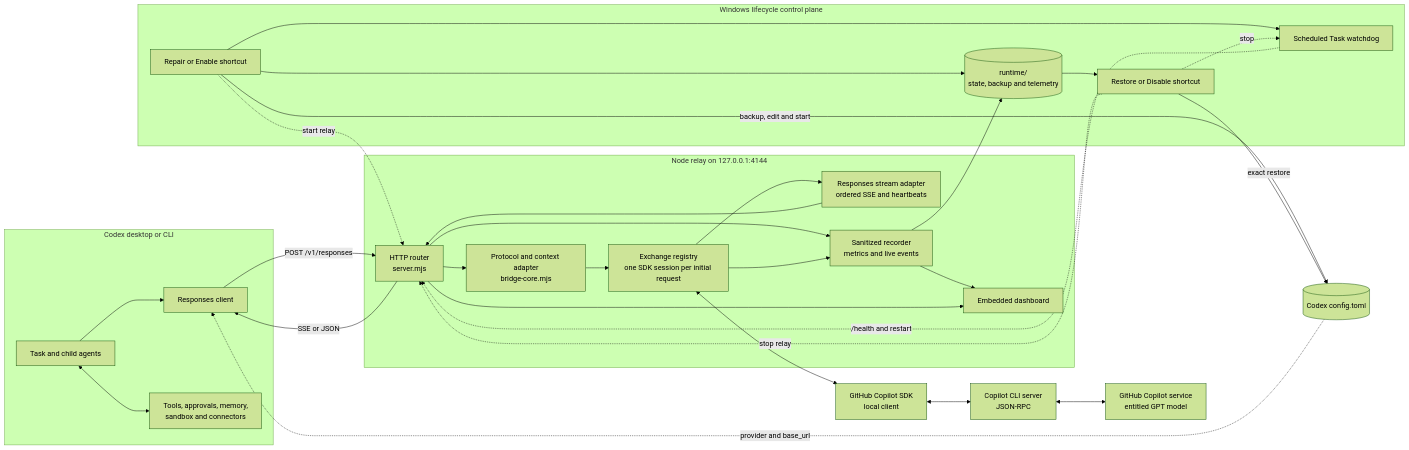
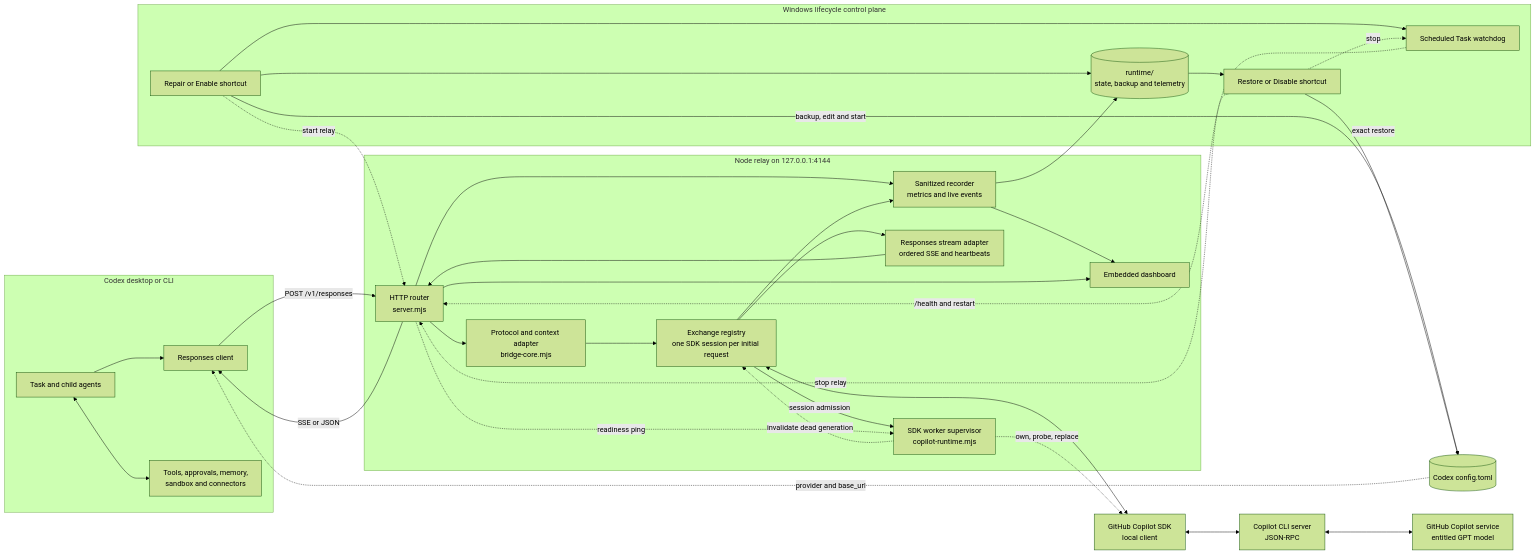
The first of 2 diagrams in README.md (madhavsomani/codex-copilot-relay), drawn with Mermaid (forest theme) before and after one commit. The commit also changed other lines of this file and 13 other files, not shown here.

````diff
--- a/README.md
+++ b/README.md
@@ -99,57 +99,62 @@
 ```mermaid
 flowchart LR
   subgraph Codex["Codex desktop or CLI"]
     Task["Task and child agents"]
     Client["Responses client"]
     Tools["Tools, approvals, memory,<br/>sandbox and connectors"]
     Task --> Client
     Task <--> Tools
   end
 
   Config[("Codex config.toml")]
   Config -. "provider and base_url" .-> Client
 
   subgraph Relay["Node relay on 127.0.0.1:4144"]
     HTTP["HTTP router<br/>server.mjs"]
     Core["Protocol and context adapter<br/>bridge-core.mjs"]
     Exchange["Exchange registry<br/>one SDK session per initial request"]
+    Supervisor["SDK worker supervisor<br/>copilot-runtime.mjs"]
     Stream["Responses stream adapter<br/>ordered SSE and heartbeats"]
     Recorder["Sanitized recorder<br/>metrics and live events"]
     Dashboard["Embedded dashboard"]
 
     HTTP --> Core --> Exchange
+    Exchange -- "session admission" --> Supervisor
+    HTTP -. "readiness ping" .-> Supervisor
+    Supervisor -. "invalidate dead generation" .-> Exchange
     Exchange --> Stream --> HTTP
     HTTP --> Recorder
     Exchange --> Recorder
     Recorder --> Dashboard
     HTTP --> Dashboard
   end
 
   Client -- "POST /v1/responses" --> HTTP
   HTTP -- "SSE or JSON" --> Client
 
   SDK["GitHub Copilot SDK<br/>local client"]
   CLI["Copilot CLI server<br/>JSON-RPC"]
   Service["GitHub Copilot service<br/>entitled GPT model"]
   Exchange <--> SDK
+  Supervisor -. "own, probe, replace" .-> SDK
   SDK <--> CLI
   CLI <--> Service
 
   subgraph Windows["Windows lifecycle control plane"]
     Repair["Repair or Enable shortcut"]
     Watchdog["Scheduled Task watchdog"]
     Disable["Restore or Disable shortcut"]
     Runtime[("runtime/<br/>state, backup and telemetry")]
 
     Repair --> Watchdog
     Repair --> Runtime --> Disable
   end
 
   Repair -- "backup, edit and start" --> Config
   Repair -. "start relay" .-> HTTP
   Watchdog -. "/health and restart" .-> HTTP
   Recorder --> Runtime
   Disable -- "exact restore" --> Config
   Disable -. "stop" .-> Watchdog
   Disable -. "stop relay" .-> HTTP
 ```
````
